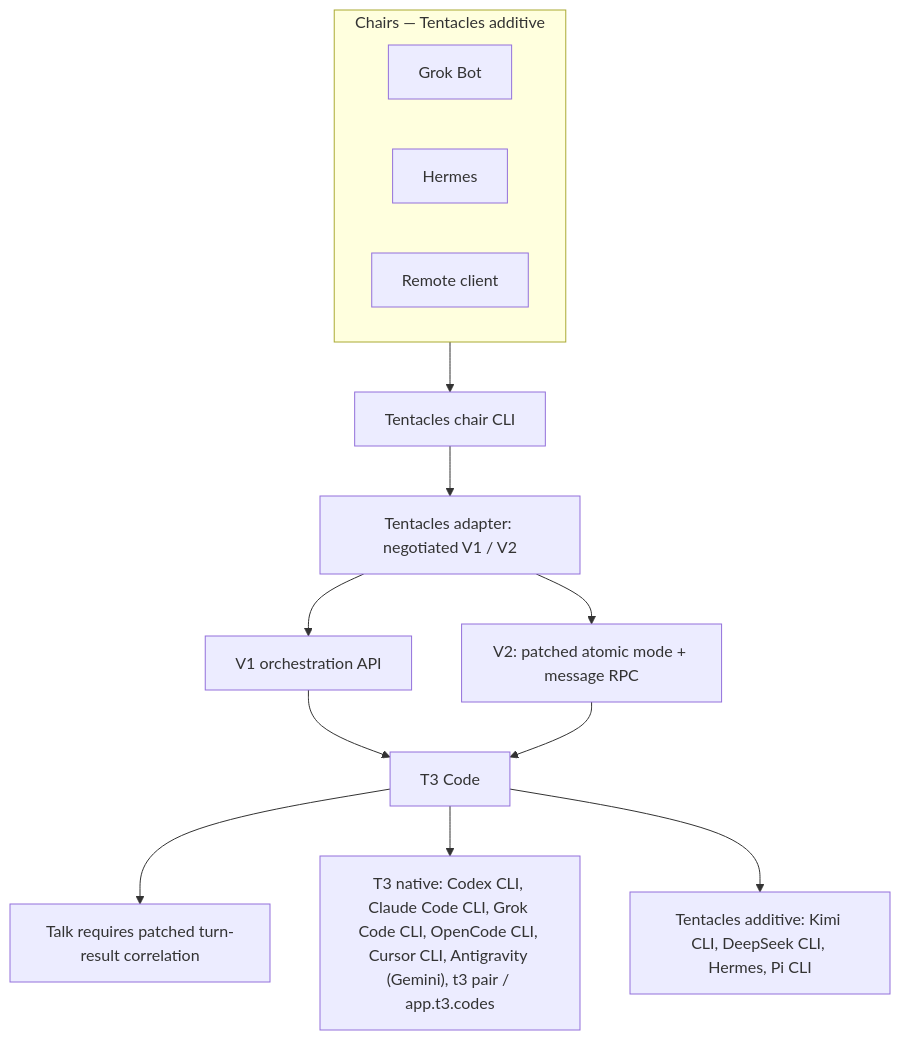
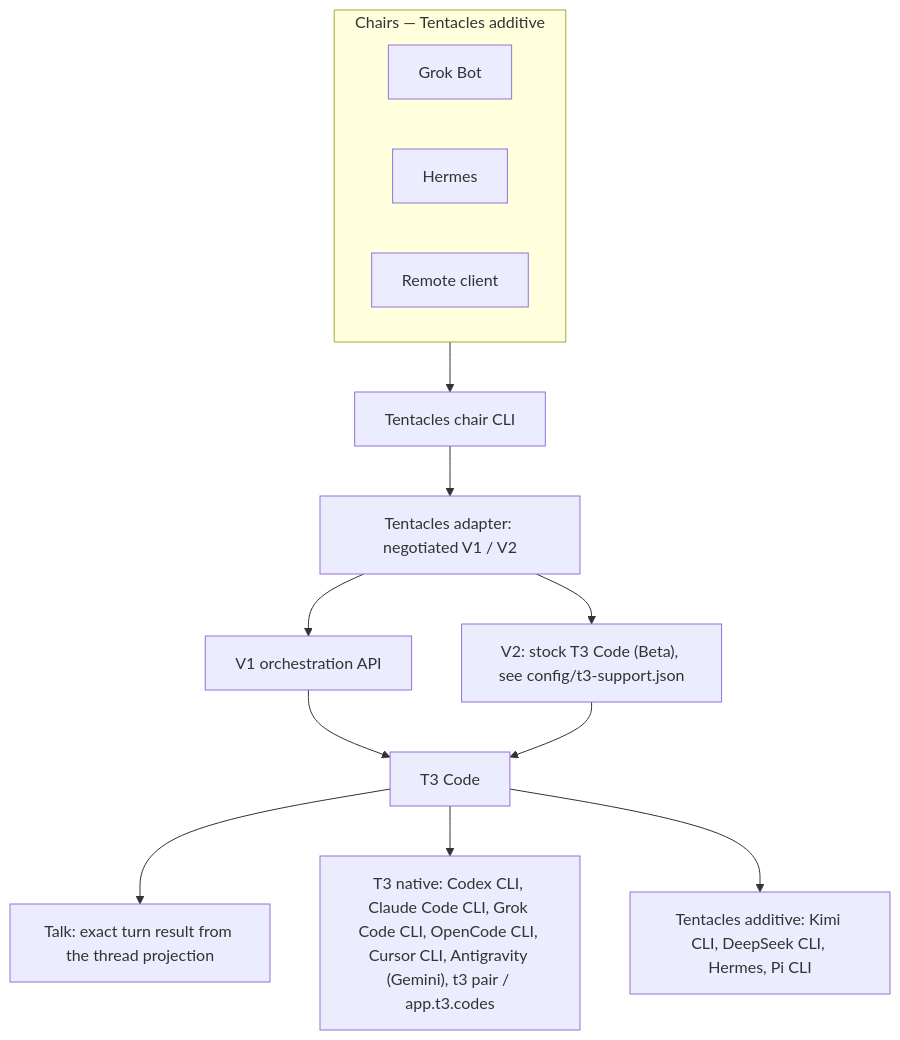
One commit to m-check1B/t3-code-tentacles changed the diagram in README.md. Above: the diagram before and after it, drawn with Mermaid. The commit also changed other lines of this file and 19 other files, not shown here.

First line of the commit message:
feat(t3): support stock T3 Code (Beta) only; retire the patched-build ask (KRA-10804)

````diff
--- a/README.md
+++ b/README.md
@@ -141,18 +141,18 @@
 ```mermaid
 flowchart TB
     subgraph Chairs["Chairs — Tentacles additive"]
         direction LR
         GrokBot["Grok Bot"]
         HermesChair["Hermes"]
         Remote["Remote client"]
     end
     Chairs --> ChairCLI["Tentacles chair CLI"]
     ChairCLI --> Adapter["Tentacles adapter: negotiated V1 / V2"]
     Adapter --> V1["V1 orchestration API"]
-    Adapter --> V2["V2: patched atomic mode + message RPC"]
+    Adapter --> V2["V2: stock T3 Code (Beta), see config/t3-support.json"]
     V1 --> T3["T3 Code"]
     V2 --> T3
-    T3 --> Result["Talk requires patched turn-result correlation"]
+    T3 --> Result["Talk: exact turn result from the thread projection"]
     T3 --> Native["T3 native: Codex CLI, Claude Code CLI, Grok Code CLI, OpenCode CLI, Cursor CLI, Antigravity (Gemini), t3 pair / app.t3.codes"]
     T3 --> Additive["Tentacles additive: Kimi CLI, DeepSeek CLI, Hermes, Pi CLI"]
 ```
````
